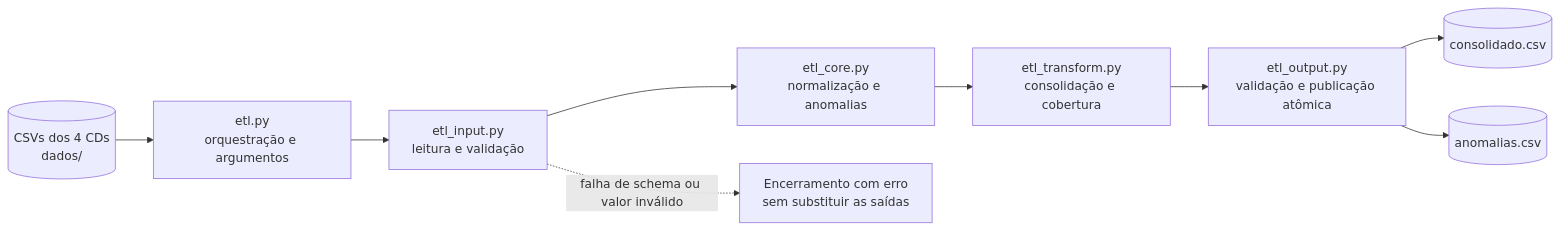
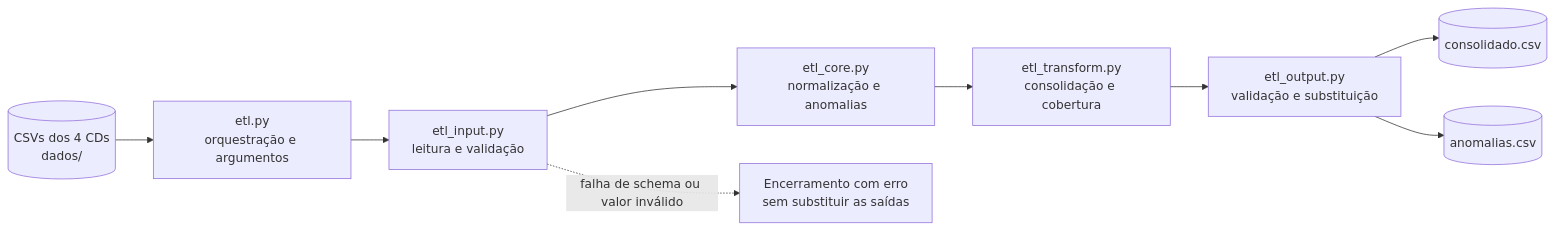
The diagram in README.md (Civalski/teste-tecnico), drawn with Mermaid before and after one commit. The commit also changed other lines of this file and 12 other files, not shown here.

````diff
--- a/README.md
+++ b/README.md
@@ -9,12 +9,12 @@
 ```mermaid
 flowchart LR
     A[(CSVs dos 4 CDs<br/>dados/)] --> B[etl.py<br/>orquestração e argumentos]
     B --> C[etl_input.py<br/>leitura e validação]
     C --> D[etl_core.py<br/>normalização e anomalias]
     D --> E[etl_transform.py<br/>consolidação e cobertura]
-    E --> F[etl_output.py<br/>validação e publicação atômica]
+    E --> F[etl_output.py<br/>validação e substituição]
     F --> G[(consolidado.csv)]
     F --> H[(anomalias.csv)]
 
     C -. falha de schema ou valor inválido .-> I[Encerramento com erro<br/>sem substituir as saídas]
 ```
````
